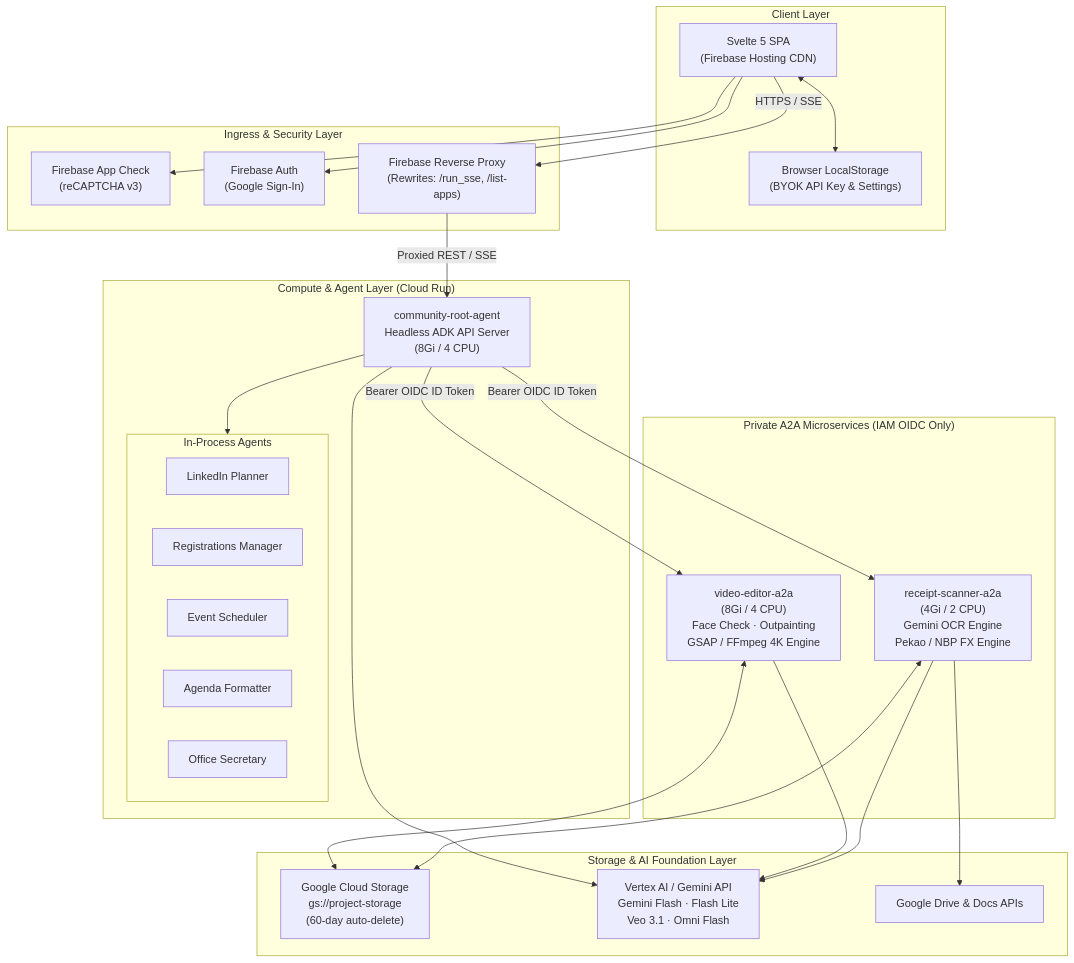
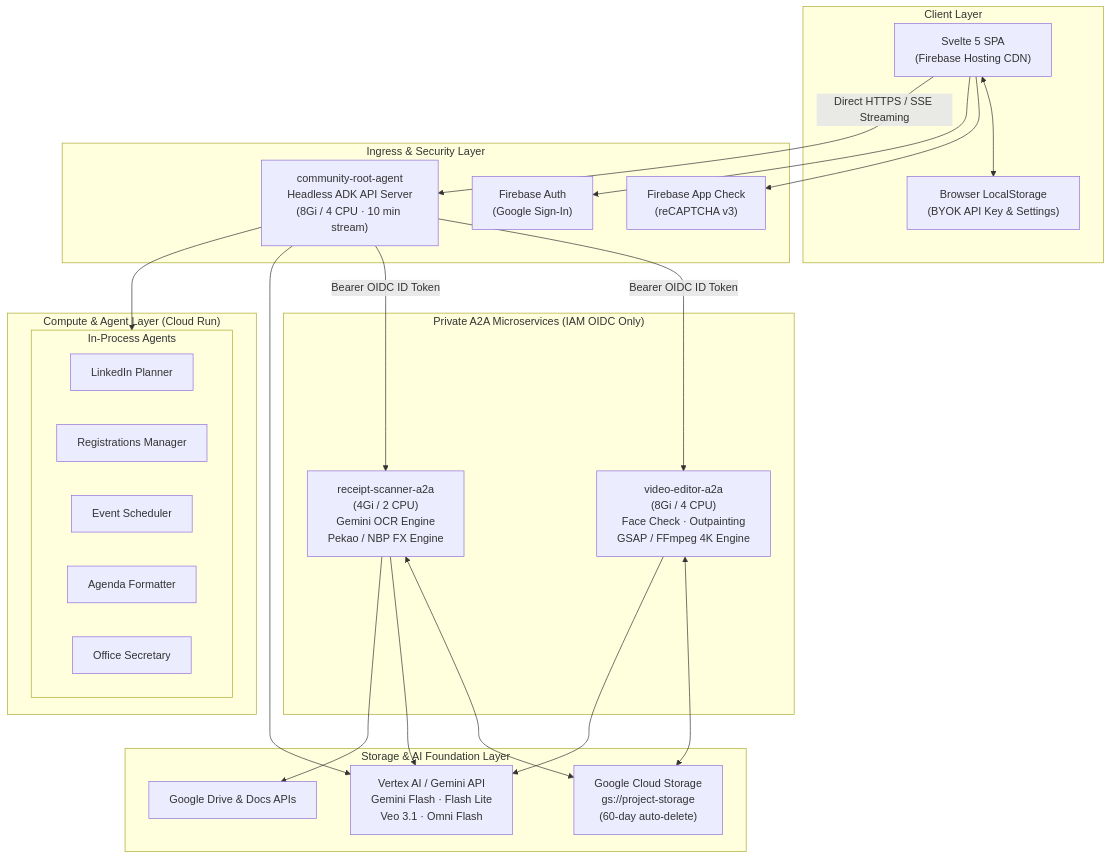
The first of 7 diagrams in docs/SOLUTION_ARCHITECTURE.md (aplachykau-git/gdg_agents), drawn with Mermaid before and after one commit. The commit also changed other lines of this file and 7 other files, not shown here.

Commit message:
docs: update mermaid diagrams and export dark-theme png, pdf, and svg assets

````diff
--- a/docs/SOLUTION_ARCHITECTURE.md
+++ b/docs/SOLUTION_ARCHITECTURE.md
@@ -26,53 +28,52 @@
 ```mermaid
 flowchart TD
     subgraph CLIENT["Client Layer"]
         Browser["Svelte 5 SPA\n(Firebase Hosting CDN)"]
         LocalStorage["Browser LocalStorage\n(BYOK API Key & Settings)"]
         Browser <--> LocalStorage
     end
 
     subgraph SECURITY["Ingress & Security Layer"]
         AppCheck["Firebase App Check\n(reCAPTCHA v3)"]
         FirebaseAuth["Firebase Auth\n(Google Sign-In)"]
-        FirebaseHosting["Firebase Reverse Proxy\n(Rewrites: /run_sse, /list-apps)"]
         Browser --> AppCheck
         Browser --> FirebaseAuth
-        Browser -->|HTTPS / SSE| FirebaseHosting
+        Browser -->|Direct HTTPS / SSE Streaming| RootAgent
     end
 
     subgraph COMPUTE["Compute & Agent Layer (Cloud Run)"]
-        RootAgent["community-root-agent\nHeadless ADK API Server\n(8Gi / 4 CPU)"]
-        FirebaseHosting -->|Proxied REST / SSE| RootAgent
+        RootAgent["community-root-agent\nHeadless ADK API Server\n(8Gi / 4 CPU · 10 min stream)"]
+
 
         subgraph INPROCESS["In-Process Agents"]
             LinkedIn["LinkedIn Planner"]
             RegManager["Registrations Manager"]
             Planner["Event Scheduler"]
             Agenda["Agenda Formatter"]
             Secretary["Office Secretary"]
         end
 
         RootAgent --> INPROCESS
     end
 
     subgraph PRIVATE_A2A["Private A2A Microservices (IAM OIDC Only)"]
         VideoAgent["video-editor-a2a\n(8Gi / 4 CPU)\nFace Check · Outpainting\nGSAP / FFmpeg 4K Engine"]
         ReceiptAgent["receipt-scanner-a2a\n(4Gi / 2 CPU)\nGemini OCR Engine\nPekao / NBP FX Engine"]
 
         RootAgent -->|Bearer OIDC ID Token| VideoAgent
         RootAgent -->|Bearer OIDC ID Token| ReceiptAgent
     end
 
     subgraph STORAGE["Storage & AI Foundation Layer"]
         GCS["Google Cloud Storage\ngs://project-storage\n(60-day auto-delete)"]
         VertexAI["Vertex AI / Gemini API\nGemini Flash · Flash Lite\nVeo 3.1 · Omni Flash"]
         GSuite["Google Drive & Docs APIs"]
 
         RootAgent --> VertexAI
         VideoAgent <--> GCS
         VideoAgent --> VertexAI
         ReceiptAgent <--> GCS
         ReceiptAgent --> VertexAI
         ReceiptAgent --> GSuite
     end
 ```
````
